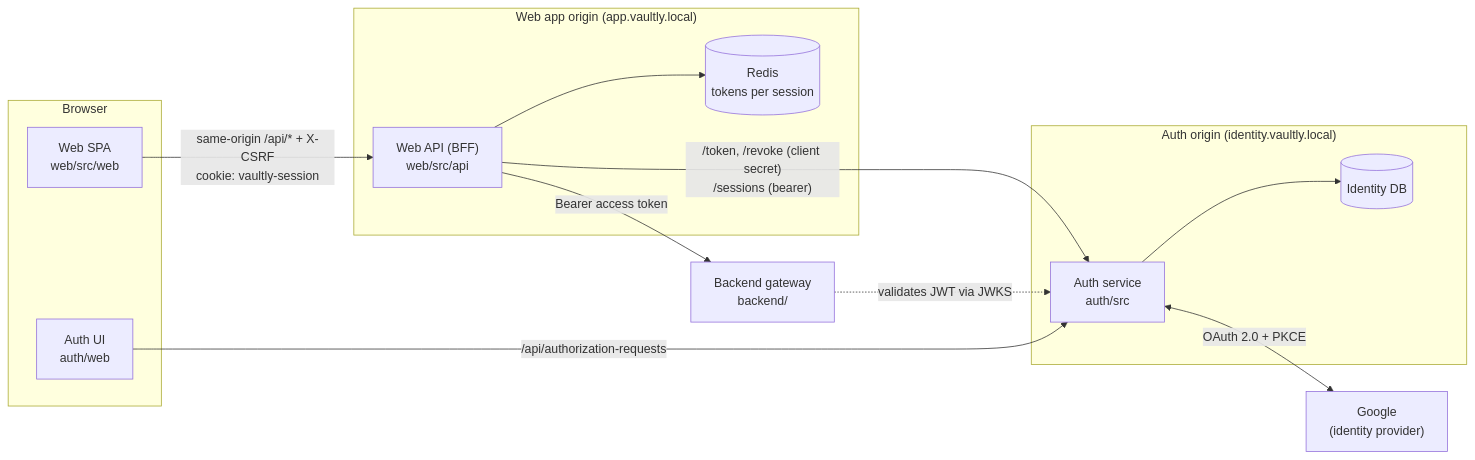
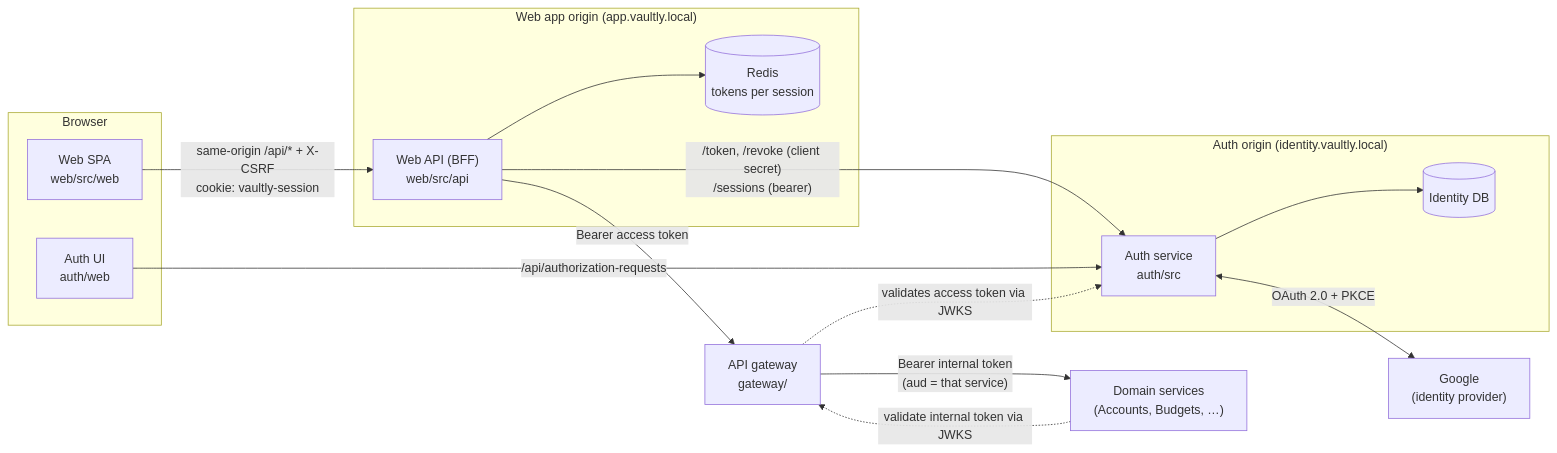
Before and after one commit to stp-nowak/VAULTLY: the first of 9 diagrams in docs/architecture/authentication.md, drawn with Mermaid. The commit also changed other lines of this file and 8 other files, not shown here.

````diff
--- a/docs/architecture/authentication.md
+++ b/docs/architecture/authentication.md
@@ -13,29 +13,32 @@
 ```mermaid
 flowchart LR
     subgraph Browser
         SPA["Web SPA<br/>web/src/web"]
         AUI["Auth UI<br/>auth/web"]
     end
 
     subgraph WebApp["Web app origin (app.vaultly.local)"]
         BFF["Web API (BFF)<br/>web/src/api"]
         Redis[("Redis<br/>tokens per session")]
     end
 
     subgraph AuthOrigin["Auth origin (identity.vaultly.local)"]
         AUTH["Auth service<br/>auth/src"]
         ADB[("Identity DB")]
     end
 
     Google["Google<br/>(identity provider)"]
-    Backend["Backend gateway<br/>backend/"]
+    GW["API gateway<br/>gateway/"]
+    SVC["Domain services<br/>(Accounts, Budgets, …)"]
 
     SPA -- "same-origin /api/* + X-CSRF<br/>cookie: vaultly-session" --> BFF
     BFF --> Redis
     BFF -- "/token, /revoke (client secret)<br/>/sessions (bearer)" --> AUTH
-    BFF -- "Bearer access token" --> Backend
+    BFF -- "Bearer access token" --> GW
+    GW -- "Bearer internal token<br/>(aud = that service)" --> SVC
     AUI -- "/api/authorization-requests" --> AUTH
     AUTH --> ADB
     AUTH <-- "OAuth 2.0 + PKCE" --> Google
-    Backend -. "validates JWT via JWKS" .-> AUTH
+    GW -. "validates access token via JWKS" .-> AUTH
+    SVC -. "validate internal token via JWKS" .-> GW
 ```
````
